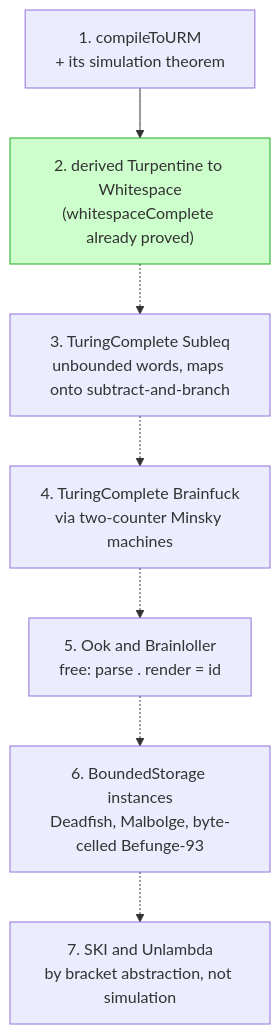
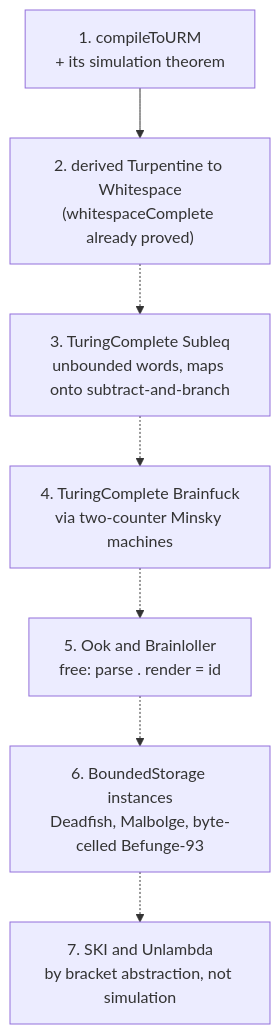
One commit to ilyasergey/langlib changed the second of 2 diagrams in docs/certified-compilation.md. Above: the diagram before and after it, drawn with Mermaid. The commit also changed other lines of this file, not shown here.

First line of the commit message:
Drop the custom node colours from the diagrams

````diff
--- a/docs/certified-compilation.md
+++ b/docs/certified-compilation.md
@@ -325,19 +322,17 @@
 ```mermaid
 graph TD
   S1["1. compileToURM<br/>+ its simulation theorem"]
   S2["2. derived Turpentine to Whitespace<br/>(whitespaceComplete already proved)"]
   S3["3. TuringComplete Subleq<br/>unbounded words, maps onto subtract-and-branch"]
   S4["4. TuringComplete Brainfuck<br/>via two-counter Minsky machines"]
   S5["5. Ook and Brainloller<br/>free: parse . render = id"]
   S6["6. BoundedStorage instances<br/>Deadfish, Malbolge, byte-celled Befunge-93"]
   S7["7. SKI and Unlambda<br/>by bracket abstraction, not simulation"]
 
   S1 --> S2
   S2 -.-> S3
   S3 -.-> S4
   S4 -.-> S5
   S5 -.-> S6
   S6 -.-> S7
-
-  style S2 fill:#cfc,stroke:#2a2
 ```
````
